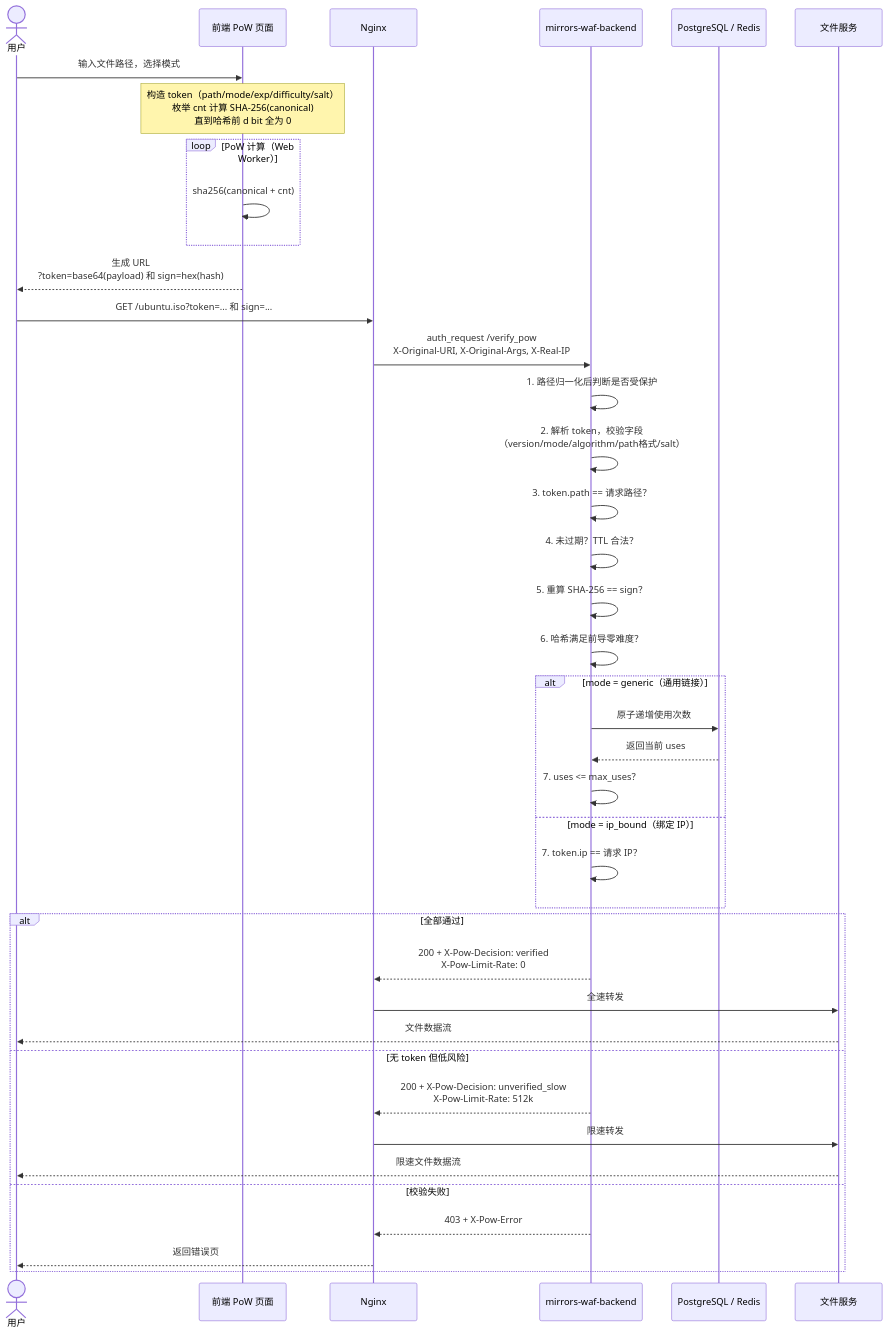
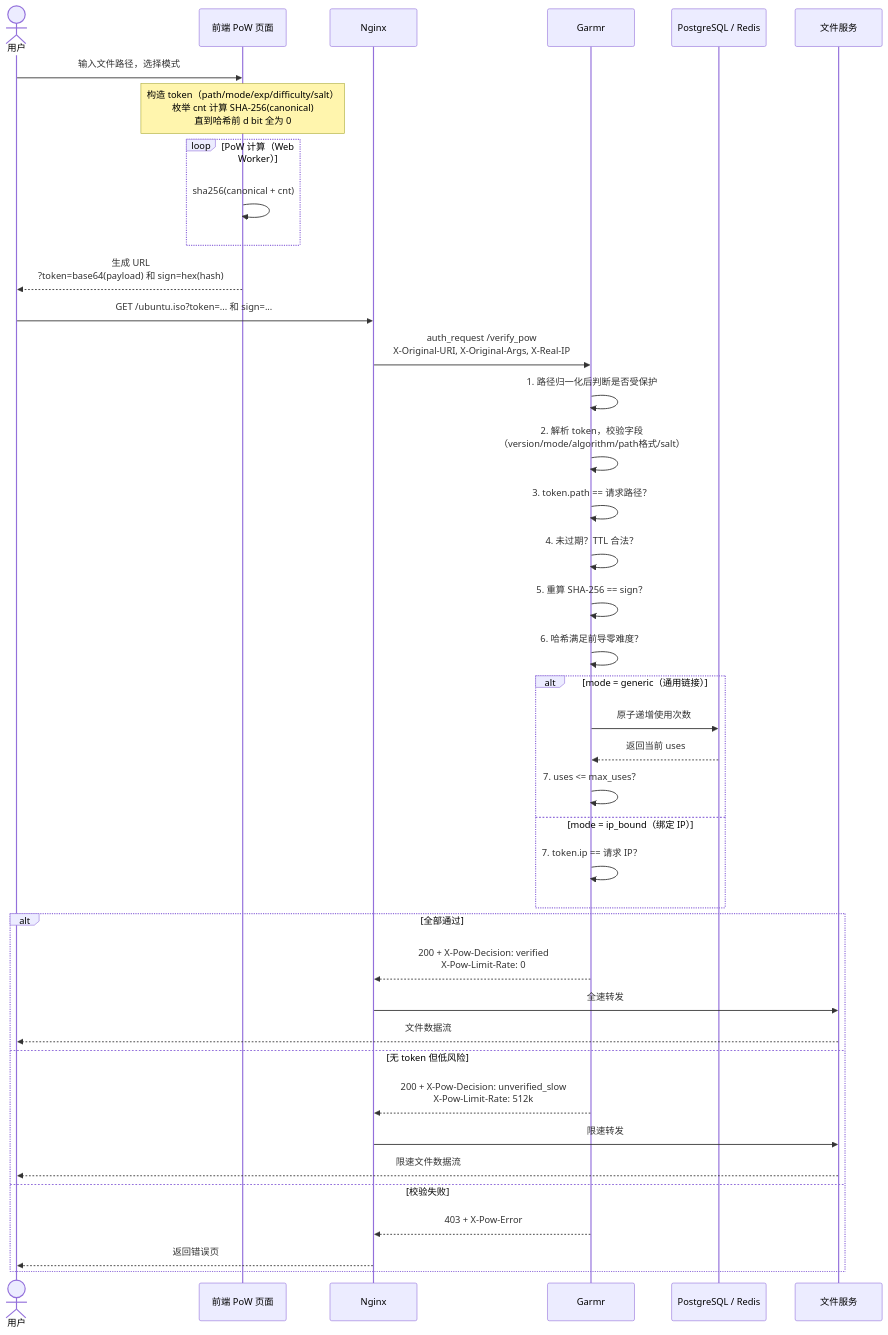
The second of 2 diagrams in README.md (hust-open-atom-club/hustmirrors-waf-backend), drawn with Mermaid before and after one commit. The commit also changed other lines of this file and 4 other files, not shown here.

````diff
--- a/README.md
+++ b/README.md
@@ -32,49 +42,49 @@
 ```mermaid
 sequenceDiagram
     actor User as 用户
     participant FE as 前端 PoW 页面
     participant Nginx as Nginx
-    participant Auth as mirrors-waf-backend
+    participant Auth as Garmr
     participant Store as PostgreSQL / Redis
     participant FS as 文件服务
 
     User->>FE: 输入文件路径，选择模式
     Note over FE: 构造 token（path/mode/exp/difficulty/salt）<br/>枚举 cnt 计算 SHA-256(canonical)<br/>直到哈希前 d bit 全为 0
 
     loop PoW 计算（Web Worker）
         FE->>FE: sha256(canonical + cnt)
     end
 
     FE-->>User: 生成 URL<br/>?token=base64(payload) 和 sign=hex(hash)
 
     User->>Nginx: GET /ubuntu.iso?token=... 和 sign=...
     Nginx->>Auth: auth_request /verify_pow<br/>X-Original-URI, X-Original-Args, X-Real-IP
 
     Auth->>Auth: 1. 路径归一化后判断是否受保护
     Auth->>Auth: 2. 解析 token，校验字段<br/>（version/mode/algorithm/path格式/salt）
     Auth->>Auth: 3. token.path == 请求路径？
     Auth->>Auth: 4. 未过期？TTL 合法？
     Auth->>Auth: 5. 重算 SHA-256 == sign？
     Auth->>Auth: 6. 哈希满足前导零难度？
 
     alt mode = generic（通用链接）
         Auth->>Store: 原子递增使用次数
         Store-->>Auth: 返回当前 uses
         Auth->>Auth: 7. uses <= max_uses？
     else mode = ip_bound（绑定 IP）
         Auth->>Auth: 7. token.ip == 请求 IP？
     end
 
     alt 全部通过
         Auth-->>Nginx: 200 + X-Pow-Decision: verified<br/>X-Pow-Limit-Rate: 0
         Nginx->>FS: 全速转发
         FS-->>User: 文件数据流
     else 无 token 但低风险
         Auth-->>Nginx: 200 + X-Pow-Decision: unverified_slow<br/>X-Pow-Limit-Rate: 512k
         Nginx->>FS: 限速转发
         FS-->>User: 限速文件数据流
     else 校验失败
         Auth-->>Nginx: 403 + X-Pow-Error
         Nginx-->>User: 返回错误页
     end
 ```
````
